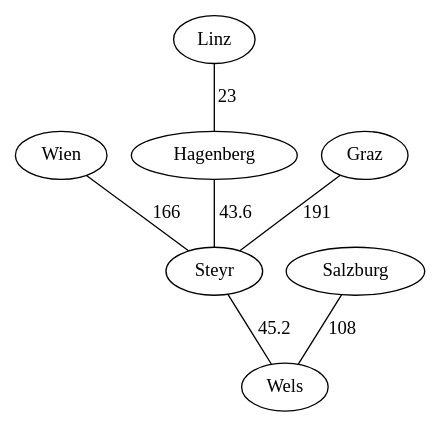
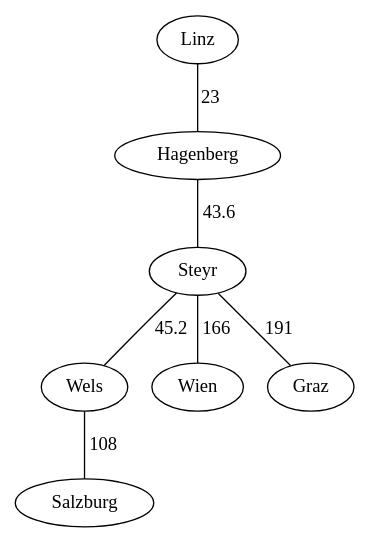
One commit to flohero/se-ams changed the ninth of 13 diagrams in lab/ueb05/doc.adoc. Above: the diagram before and after it, drawn with Graphviz. The commit also changed other lines of this file and 2 other files, not shown here.

```diff
--- a/lab/ueb05/doc.adoc
+++ b/lab/ueb05/doc.adoc
@@ -93,11 +125,11 @@
 [graphviz]
 ----
 strict graph "" {
-	Wien -- Steyr	[label=166];
 	Linz -- Hagenberg	[label=23];
 	Hagenberg -- Steyr	[label=43.6];
-	Graz -- Steyr	[label=191];
-	Salzburg -- Wels	[label=108];
 	Steyr -- Wels	[label=45.2];
+	Steyr -- Wien	[label=166];
+	Steyr -- Graz	[label=191];
+	Wels -- Salzburg	[label=108];
 }
 ----
```
